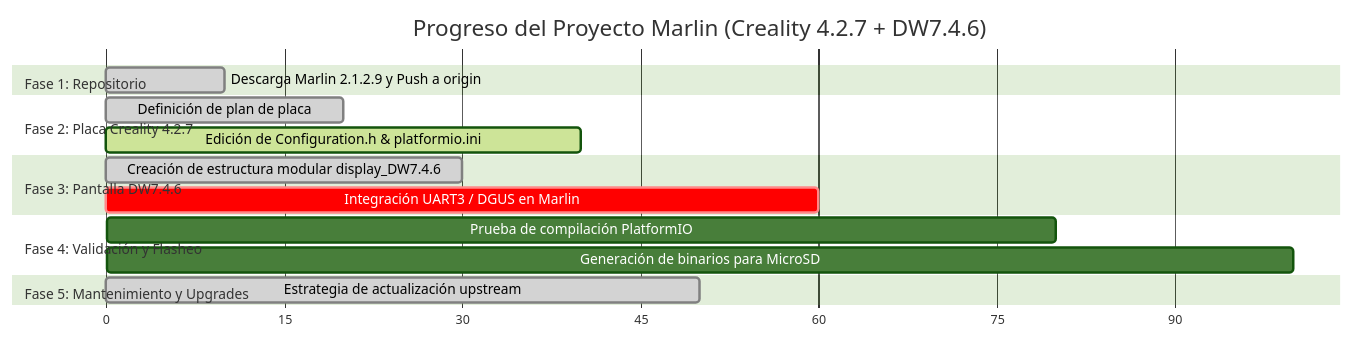
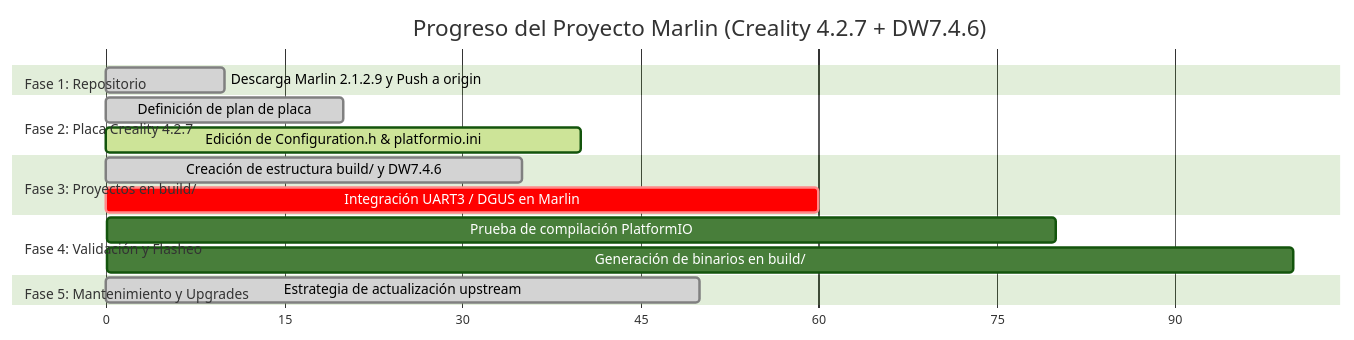
The diagram in PLAN_MAESTRO.md (enav12/Marlin), drawn with Mermaid (forest theme) before and after one commit. The commit also changed other lines of this file and 7 other files, not shown here.

````diff
--- a/PLAN_MAESTRO.md
+++ b/PLAN_MAESTRO.md
@@ -22,19 +23,19 @@
 ```mermaid
 gantt
     title Progreso del Proyecto Marlin (Creality 4.2.7 + DW7.4.6)
     dateFormat  X
     axisFormat %s
     section Fase 1: Repositorio
     Descarga Marlin 2.1.2.9 y Push a origin        :done, 0, 10
     section Fase 2: Placa Creality 4.2.7
     Definición de plan de placa                    :done, 10, 20
     Edición de Configuration.h & platformio.ini    :active, 20, 40
-    section Fase 3: Pantalla DW7.4.6
-    Creación de estructura modular display_DW7.4.6 :done, 20, 30
+    section Fase 3: Proyectos en build/
+    Creación de estructura build/ y DW7.4.6        :done, 20, 35
     Integración UART3 / DGUS en Marlin             :crit, 40, 60
     section Fase 4: Validación y Flasheo
     Prueba de compilación PlatformIO               :60, 80
-    Generación de binarios para MicroSD            :80, 100
+    Generación de binarios en build/               :80, 100
     section Fase 5: Mantenimiento y Upgrades
     Estrategia de actualización upstream           :done, 30, 50
 ```
````
